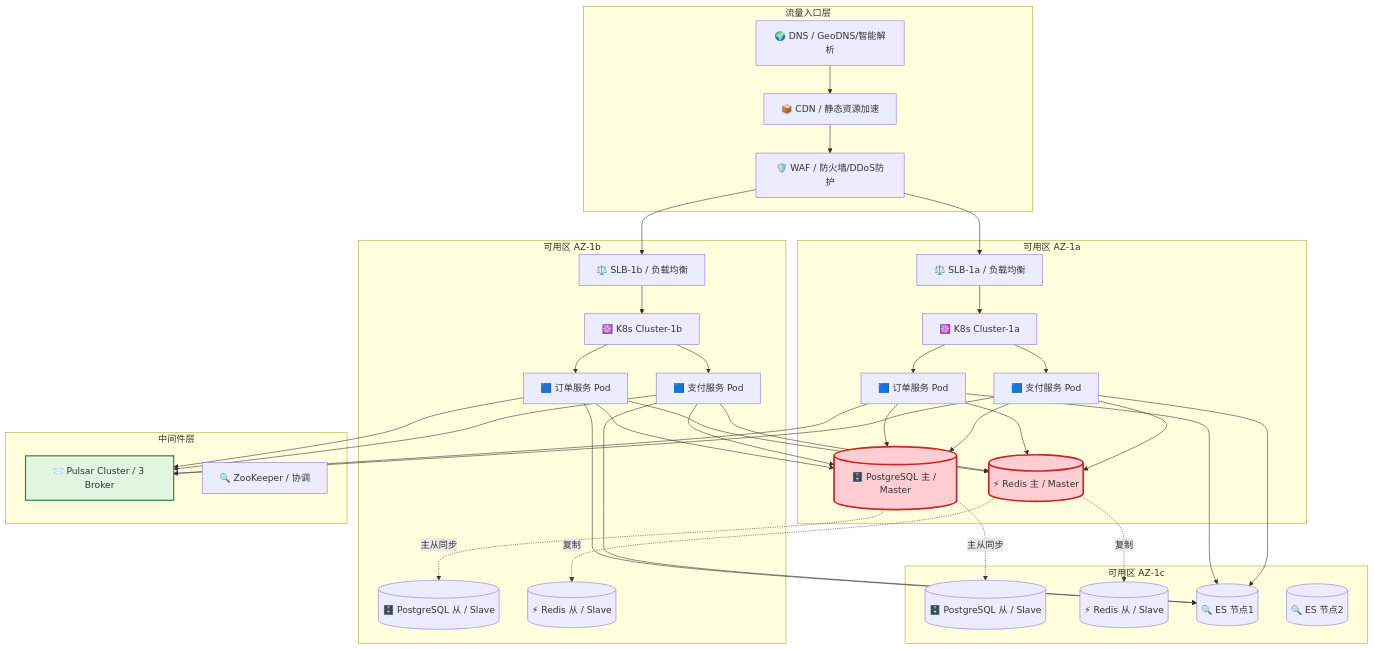
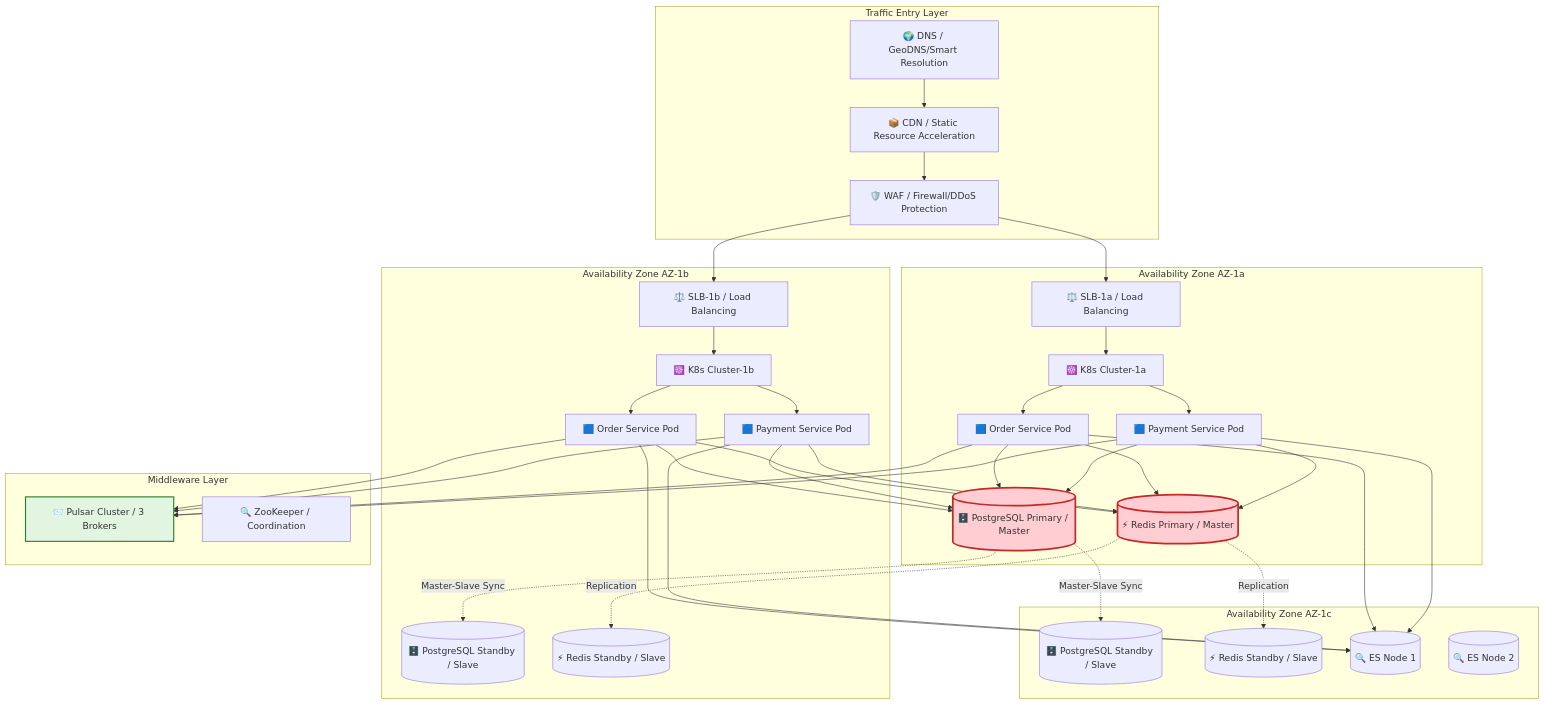
Before and after one commit to Kirky-X/cangjie: diagram 11 of 15 in templates/产品/技术层/【模板】架构设计文档.md, drawn with Mermaid. The commit also changed other lines of this file and 60 other files, not shown here.

````diff
--- a/templates/产品/技术层/【模板】架构设计文档.md
+++ b/templates/产品/技术层/【模板】架构设计文档.md
@@ -475,75 +475,75 @@
 ```mermaid
 graph TB
-    subgraph 流量入口层
-        DNS[🌍 DNS / GeoDNS/智能解析]
-        CDN[📦 CDN / 静态资源加速]
-        WAF[🛡️ WAF / 防火墙/DDoS防护]
+    subgraph Traffic Entry Layer
+        DNS[🌍 DNS / GeoDNS/Smart Resolution]
+        CDN[📦 CDN / Static Resource Acceleration]
+        WAF[🛡️ WAF / Firewall/DDoS Protection]
     end
 
-    subgraph 可用区 AZ-1a
-        LB1[⚖️ SLB-1a / 负载均衡]
+    subgraph Availability Zone AZ-1a
+        LB1[⚖️ SLB-1a / Load Balancing]
         K8S1[☸️ K8s Cluster-1a]
-        APP1[🟦 订单服务 Pod]
-        APP2[🟦 支付服务 Pod]
-        DB1[(🗄️ PostgreSQL 主 / Master)]
-        RED1[(⚡ Redis 主 / Master)]
+        APP1[🟦 Order Service Pod]
+        APP2[🟦 Payment Service Pod]
+        DB1[(🗄️ PostgreSQL Primary / Master)]
+        RED1[(⚡ Redis Primary / Master)]
     end
 
-    subgraph 可用区 AZ-1b
-        LB2[⚖️ SLB-1b / 负载均衡]
+    subgraph Availability Zone AZ-1b
+        LB2[⚖️ SLB-1b / Load Balancing]
         K8S2[☸️ K8s Cluster-1b]
-        APP3[🟦 订单服务 Pod]
-        APP4[🟦 支付服务 Pod]
-        DB2[(🗄️ PostgreSQL 从 / Slave)]
-        RED2[(⚡ Redis 从 / Slave)]
+        APP3[🟦 Order Service Pod]
+        APP4[🟦 Payment Service Pod]
+        DB2[(🗄️ PostgreSQL Standby / Slave)]
+        RED2[(⚡ Redis Standby / Slave)]
     end
 
-    subgraph 可用区 AZ-1c
-        DB3[(🗄️ PostgreSQL 从 / Slave)]
-        RED3[(⚡ Redis 从 / Slave)]
-        ES1[(🔍 ES 节点1)]
-        ES2[(🔍 ES 节点2)]
+    subgraph Availability Zone AZ-1c
+        DB3[(🗄️ PostgreSQL Standby / Slave)]
+        RED3[(⚡ Redis Standby / Slave)]
+        ES1[(🔍 ES Node 1)]
+        ES2[(🔍 ES Node 2)]
     end
 
-    subgraph 中间件层
-        PULSAR[📨 Pulsar Cluster / 3 Broker]
-        ZK[🔍 ZooKeeper / 协调]
+    subgraph Middleware Layer
+        PULSAR[📨 Pulsar Cluster / 3 Brokers]
+        ZK[🔍 ZooKeeper / Coordination]
     end
 
     DNS --> CDN --> WAF
     WAF --> LB1
     WAF --> LB2
     LB1 --> K8S1
     LB2 --> K8S2
     K8S1 --> APP1
     K8S1 --> APP2
     K8S2 --> APP3
     K8S2 --> APP4
 
     APP1 --> DB1
     APP2 --> DB1
     APP3 --> DB1
     APP4 --> DB1
-    DB1 -.->|主从同步| DB2
-    DB1 -.->|主从同步| DB3
+    DB1 -.->|Master-Slave Sync| DB2
+    DB1 -.->|Master-Slave Sync| DB3
 
     APP1 --> RED1
     APP2 --> RED1
     APP3 --> RED1
     APP4 --> RED1
-    RED1 -.->|复制| RED2
-    RED1 -.->|复制| RED3
+    RED1 -.->|Replication| RED2
+    RED1 -.->|Replication| RED3
 
     APP1 --> PULSAR
     APP2 --> PULSAR
     APP3 --> PULSAR
     APP4 --> PULSAR
     APP1 --> ES1
     APP2 --> ES1
     APP3 --> ES1
     APP4 --> ES1
 
     style DB1 fill:#ffcdd2,stroke:#c62828,stroke-width:3px
     style RED1 fill:#ffcdd2,stroke:#c62828,stroke-width:3px
     style PULSAR fill:#e1f5e1,stroke:#2e7d32,stroke-width:2px
 ```
````
